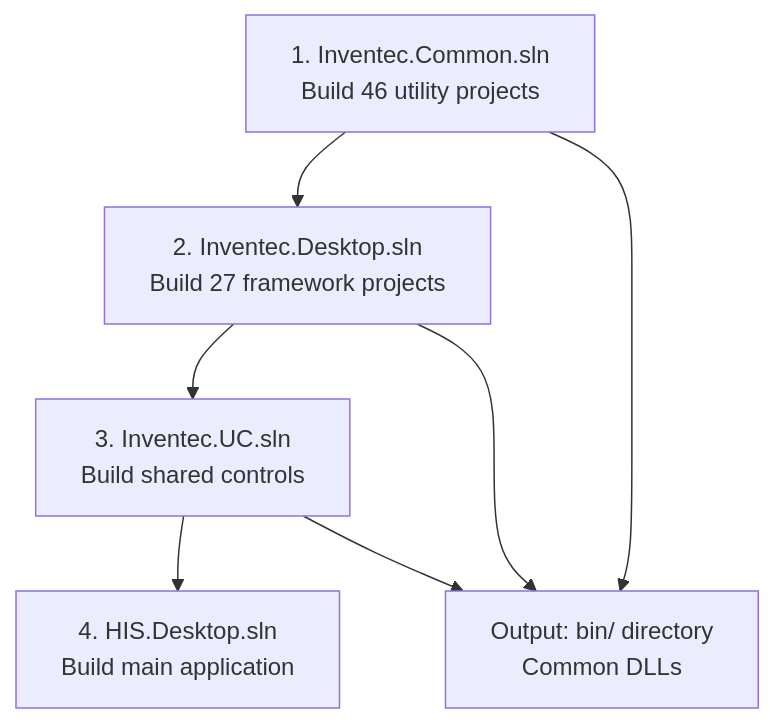
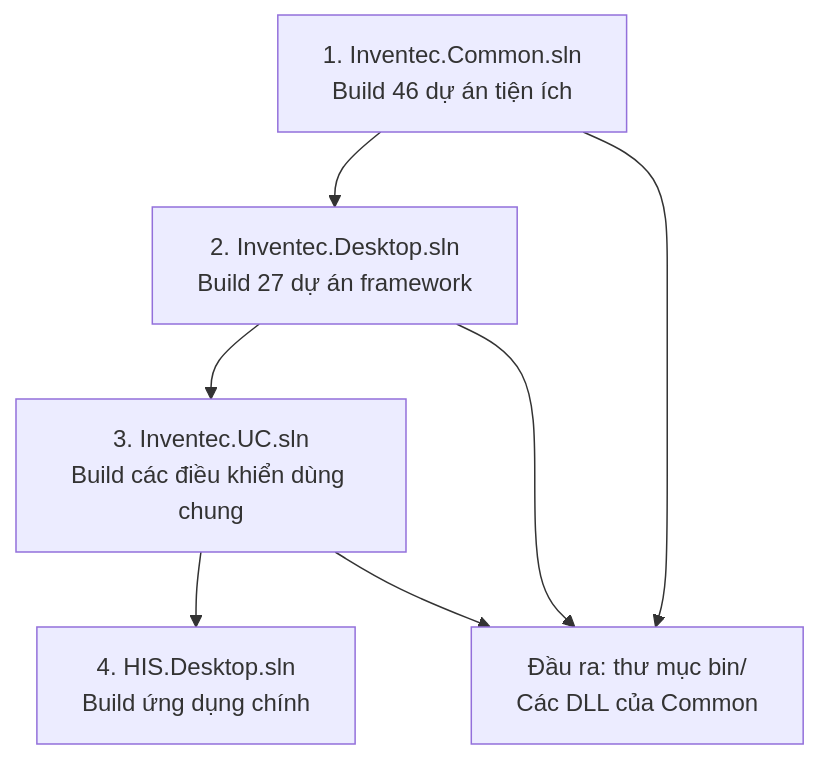
The seventh of 7 diagrams in docs/his-ba-documentation/02-modules/common-libraries/libraries.md (thangpnb/HIS), drawn with Mermaid before and after one commit. The commit also changed other lines of this file and 30 other files, not shown here.

Commit message:
Refactor architecture docs and update translations

````diff
--- a/docs/his-ba-documentation/02-modules/common-libraries/libraries.md
+++ b/docs/his-ba-documentation/02-modules/common-libraries/libraries.md
@@ -650,17 +650,17 @@
 ```mermaid
 graph TB
-    Step1["1. Inventec.Common.sln<br/>Build 46 utility projects"]
-    Step2["2. Inventec.Desktop.sln<br/>Build 27 framework projects"]
-    Step3["3. Inventec.UC.sln<br/>Build shared controls"]
-    Step4["4. HIS.Desktop.sln<br/>Build main application"]
+    Step1["1. Inventec.Common.sln<br/>Build 46 dự án tiện ích"]
+    Step2["2. Inventec.Desktop.sln<br/>Build 27 dự án framework"]
+    Step3["3. Inventec.UC.sln<br/>Build các điều khiển dùng chung"]
+    Step4["4. HIS.Desktop.sln<br/>Build ứng dụng chính"]
     
     Step1 --> Step2
     Step2 --> Step3
     Step3 --> Step4
     
-    Output["Output: bin/ directory<br/>Common DLLs"]
+    Output["Đầu ra: thư mục bin/<br/>Các DLL của Common"]
     
     Step1 --> Output
     Step2 --> Output
     Step3 --> Output
 ```
````
